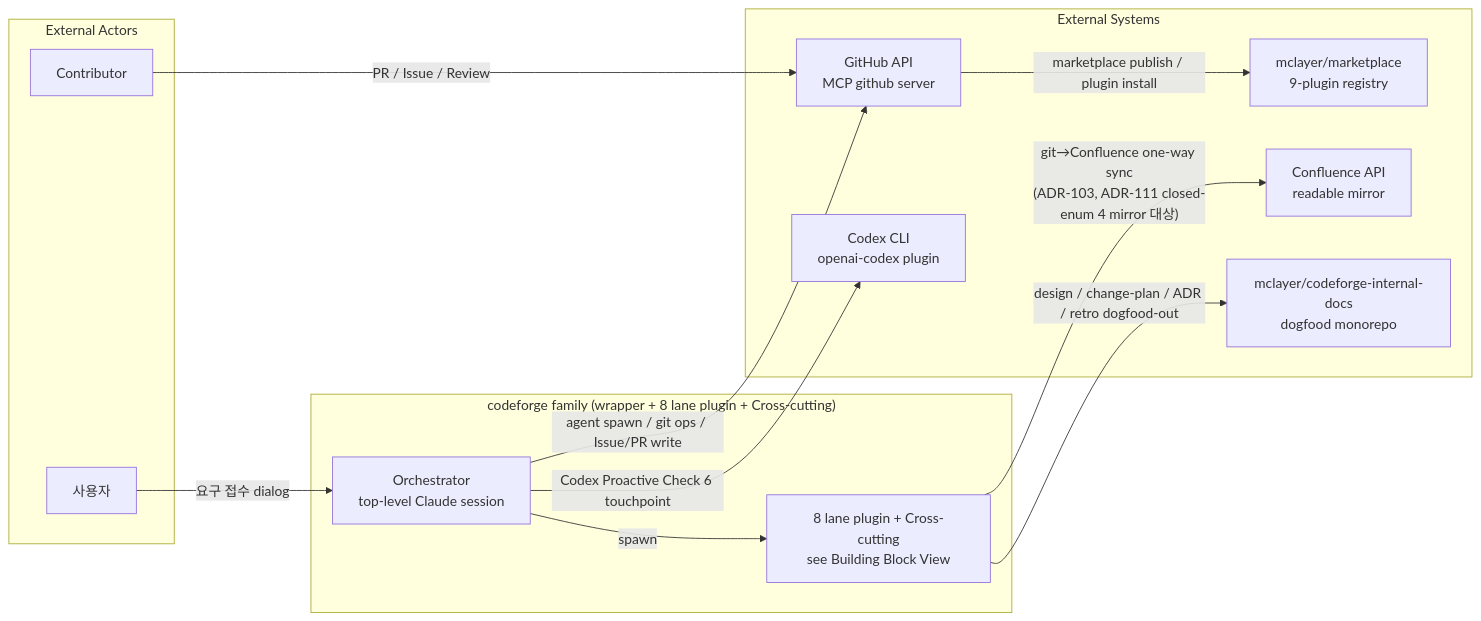
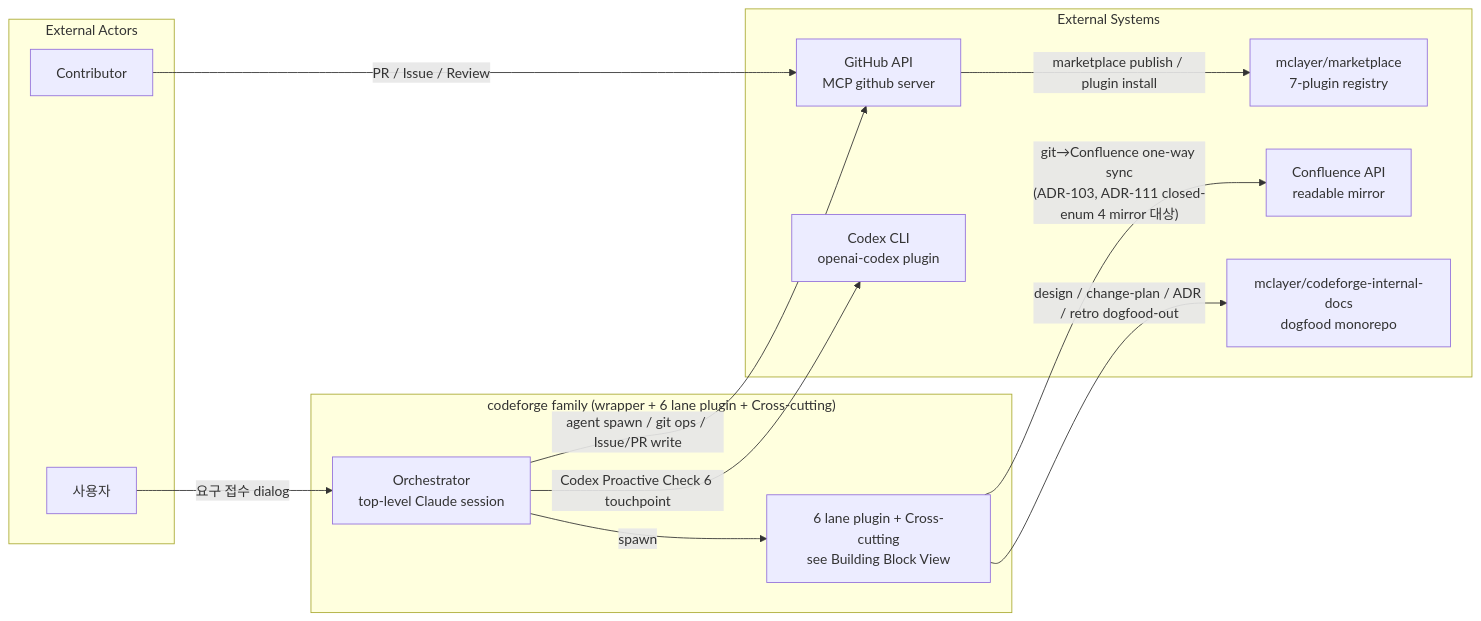
Before and after one commit to mclayer/plugin-codeforge: the first of 4 diagrams in docs/architecture/codeforge-family.md, drawn with Mermaid. The commit also changed other lines of this file and 123 other files, not shown here.

````diff
--- a/docs/architecture/codeforge-family.md
+++ b/docs/architecture/codeforge-family.md
@@ -150,29 +142,29 @@
 ```mermaid
 graph LR
     subgraph "External Actors"
         User[사용자]
         Contributor[Contributor]
     end
 
     subgraph "External Systems"
         GitHub[GitHub API<br/>MCP github server]
         Codex[Codex CLI<br/>openai-codex plugin]
-        Marketplace[mclayer/marketplace<br/>9-plugin registry]
+        Marketplace[mclayer/marketplace<br/>7-plugin registry]
         Confluence[Confluence API<br/>readable mirror]
         InternalDocs[mclayer/codeforge-internal-docs<br/>dogfood monorepo]
     end
 
-    subgraph "codeforge family (wrapper + 8 lane plugin + Cross-cutting)"
+    subgraph "codeforge family (wrapper + 6 lane plugin + Cross-cutting)"
         Orchestrator[Orchestrator<br/>top-level Claude session]
-        Family[8 lane plugin + Cross-cutting<br/>see Building Block View]
+        Family[6 lane plugin + Cross-cutting<br/>see Building Block View]
     end
 
     User -- "요구 접수 dialog" --> Orchestrator
     Contributor -- "PR / Issue / Review" --> GitHub
     Orchestrator -- "agent spawn / git ops / Issue/PR write" --> GitHub
     Orchestrator -- "Codex Proactive Check 6 touchpoint" --> Codex
     Orchestrator -- "spawn" --> Family
     GitHub -- "marketplace publish / plugin install" --> Marketplace
     Family -- "design / change-plan / ADR / retro dogfood-out" --> InternalDocs
     Family -- "git→Confluence one-way sync<br/>(ADR-103, ADR-111 closed-enum 4 mirror 대상)" --> Confluence
 ```
````
